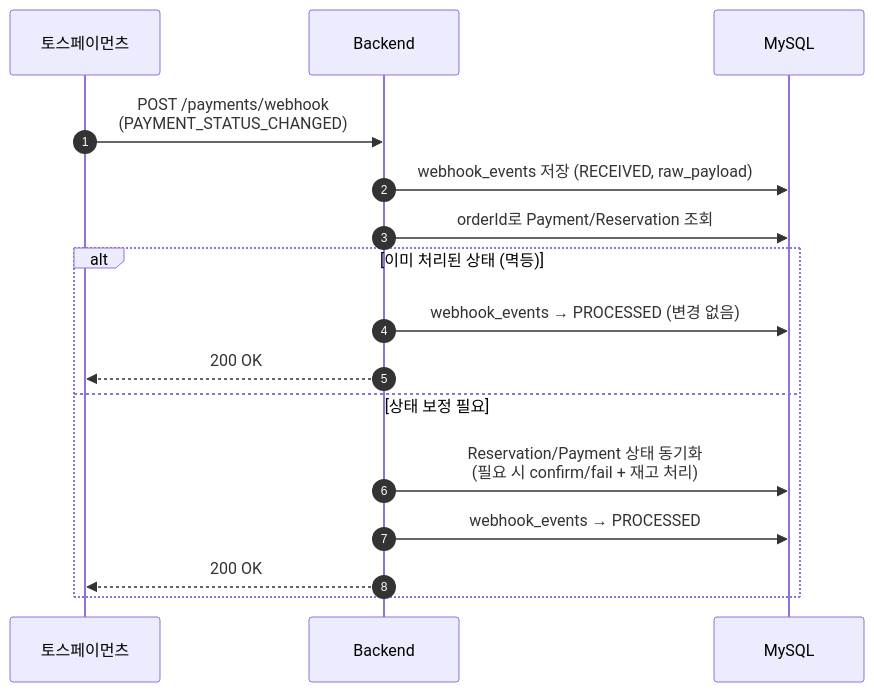
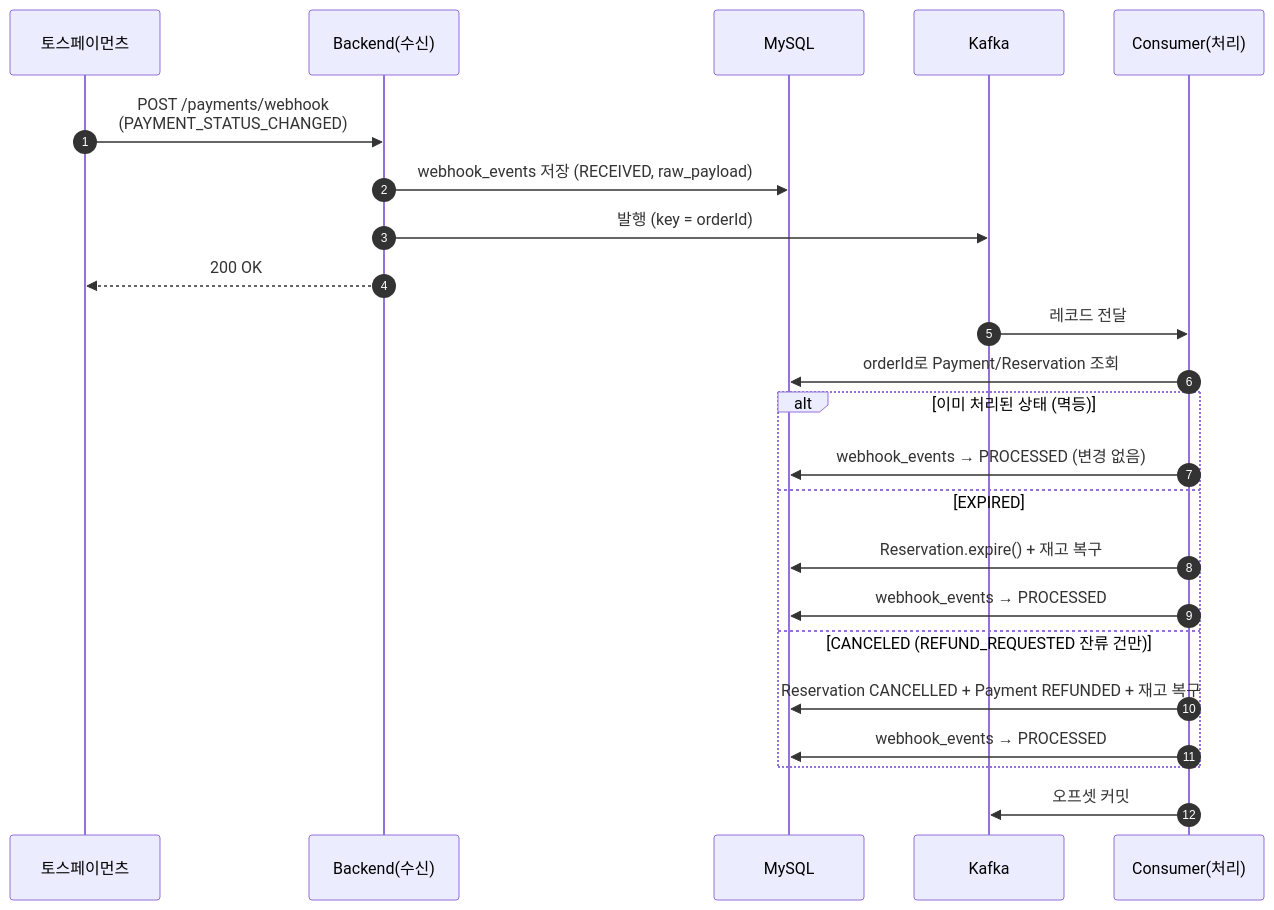
The seventh of 7 diagrams in docs/payment-sequence.md (jju00n/driving-reservation), drawn with Mermaid before and after one commit. The commit also changed other lines of this file and 19 other files, not shown here.

````diff
--- a/docs/payment-sequence.md
+++ b/docs/payment-sequence.md
@@ -159,20 +232,29 @@
 ```mermaid
 sequenceDiagram
     autonumber
     participant TOSS as 토스페이먼츠
-    participant BE as Backend
+    participant BE as Backend(수신)
     participant DB as MySQL
+    participant K as Kafka
+    participant C as Consumer(처리)
 
     TOSS->>BE: POST /payments/webhook<br/>(PAYMENT_STATUS_CHANGED)
     BE->>DB: webhook_events 저장 (RECEIVED, raw_payload)
-    BE->>DB: orderId로 Payment/Reservation 조회
+    BE->>K: 발행 (key = orderId)
+    BE-->>TOSS: 200 OK
+
+    K->>C: 레코드 전달
+    C->>DB: orderId로 Payment/Reservation 조회
 
     alt 이미 처리된 상태 (멱등)
-        BE->>DB: webhook_events → PROCESSED (변경 없음)
-        BE-->>TOSS: 200 OK
-    else 상태 보정 필요
-        BE->>DB: Reservation/Payment 상태 동기화<br/>(필요 시 confirm/fail + 재고 처리)
-        BE->>DB: webhook_events → PROCESSED
-        BE-->>TOSS: 200 OK
+        C->>DB: webhook_events → PROCESSED (변경 없음)
+    else EXPIRED
+        C->>DB: Reservation.expire() + 재고 복구
+        C->>DB: webhook_events → PROCESSED
+    else CANCELED (REFUND_REQUESTED 잔류 건만)
+        C->>DB: Reservation CANCELLED + Payment REFUNDED + 재고 복구
+        C->>DB: webhook_events → PROCESSED
     end
+
+    C->>K: 오프셋 커밋
 ```
````
